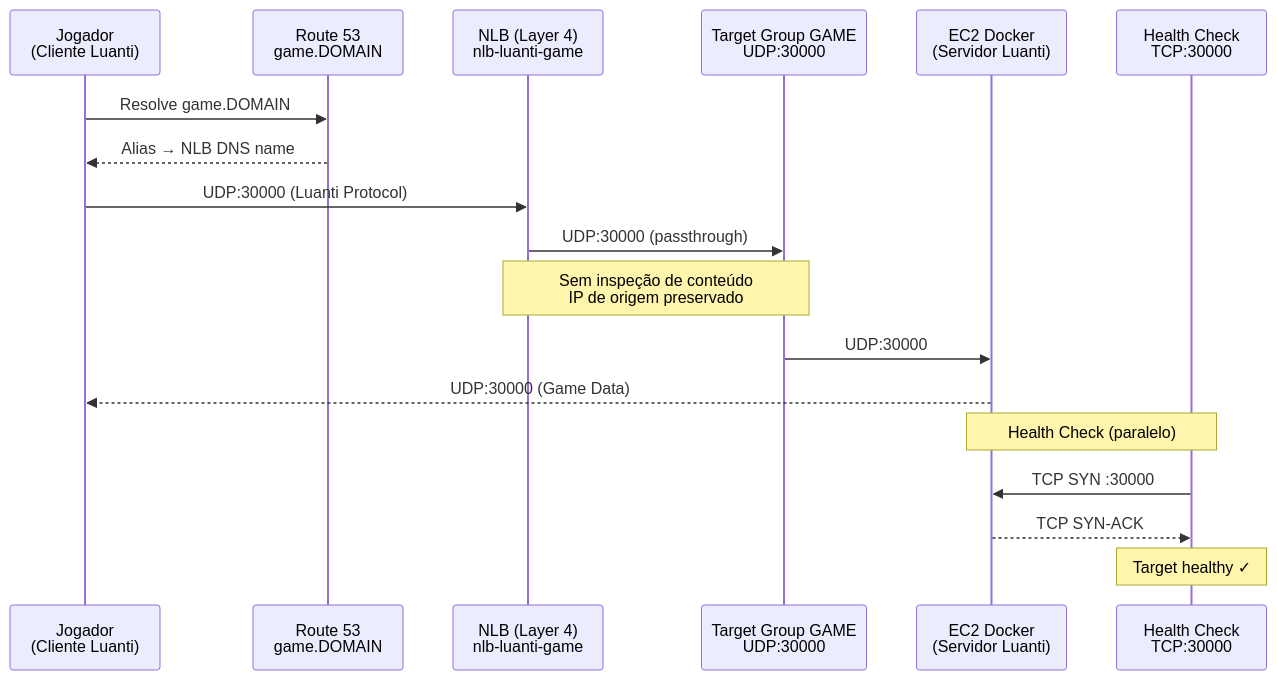
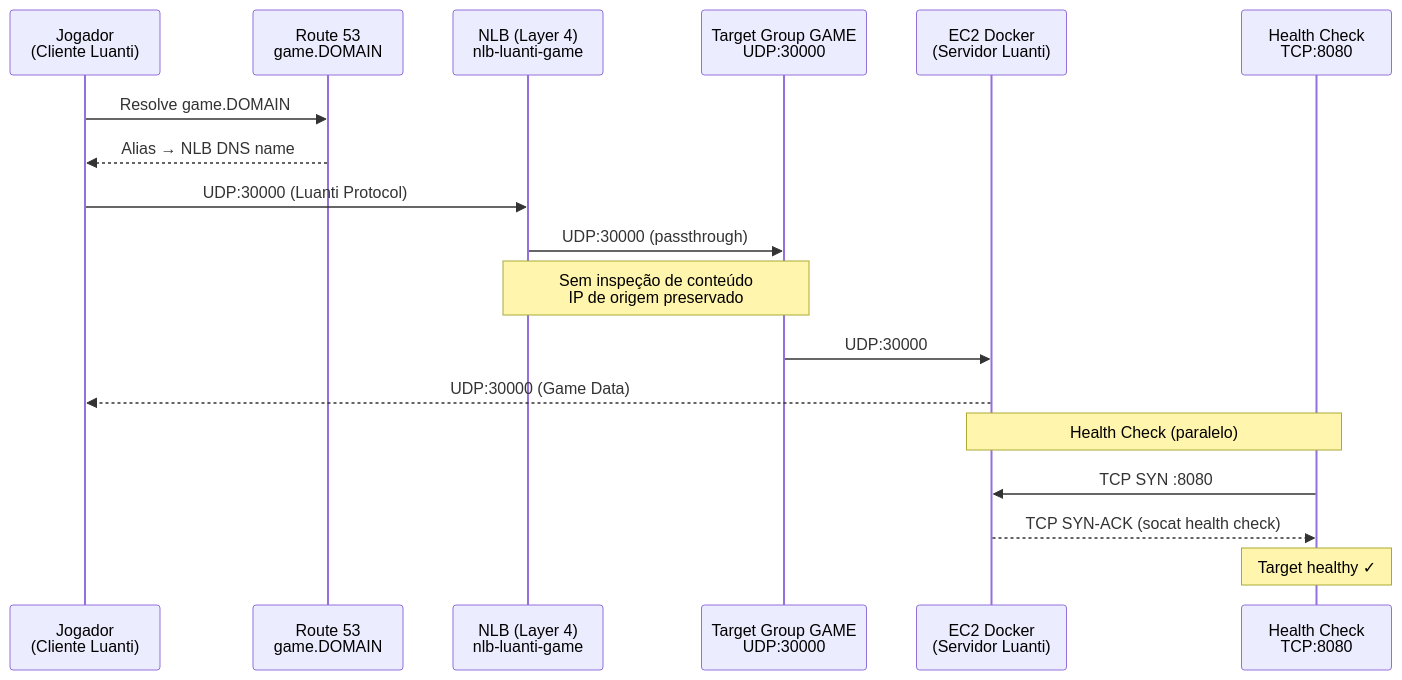
One commit to luizinhesta/AWS-Network-Load-Balancer changed the third of 7 diagrams in ARQUITETURA.md. Above: the diagram before and after it, drawn with Mermaid. The commit also changed other lines of this file and 10 other files, not shown here.

````diff
--- a/ARQUITETURA.md
+++ b/ARQUITETURA.md
@@ -134,23 +127,23 @@
 ```mermaid
 sequenceDiagram
     participant Player as Jogador<br/>(Cliente Luanti)
     participant DNS as Route 53<br/>game.DOMAIN
     participant NLB as NLB (Layer 4)<br/>nlb-luanti-game
     participant TG as Target Group GAME<br/>UDP:30000
     participant EC2 as EC2 Docker<br/>(Servidor Luanti)
-    participant HC as Health Check<br/>TCP:30000
+    participant HC as Health Check<br/>TCP:8080
 
     Player->>DNS: Resolve game.DOMAIN
     DNS-->>Player: Alias → NLB DNS name
 
     Player->>NLB: UDP:30000 (Luanti Protocol)
     NLB->>TG: UDP:30000 (passthrough)
     Note over NLB,TG: Sem inspeção de conteúdo<br/>IP de origem preservado
     TG->>EC2: UDP:30000
     EC2-->>Player: UDP:30000 (Game Data)
 
     Note over HC,EC2: Health Check (paralelo)
-    HC->>EC2: TCP SYN :30000
-    EC2-->>HC: TCP SYN-ACK
+    HC->>EC2: TCP SYN :8080
+    EC2-->>HC: TCP SYN-ACK (socat health check)
     Note over HC: Target healthy ✓
 ```
````
